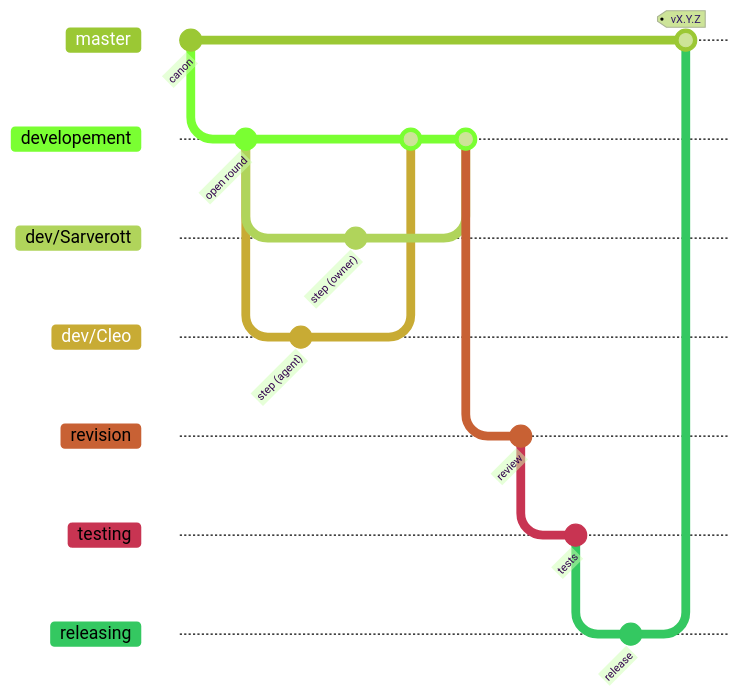
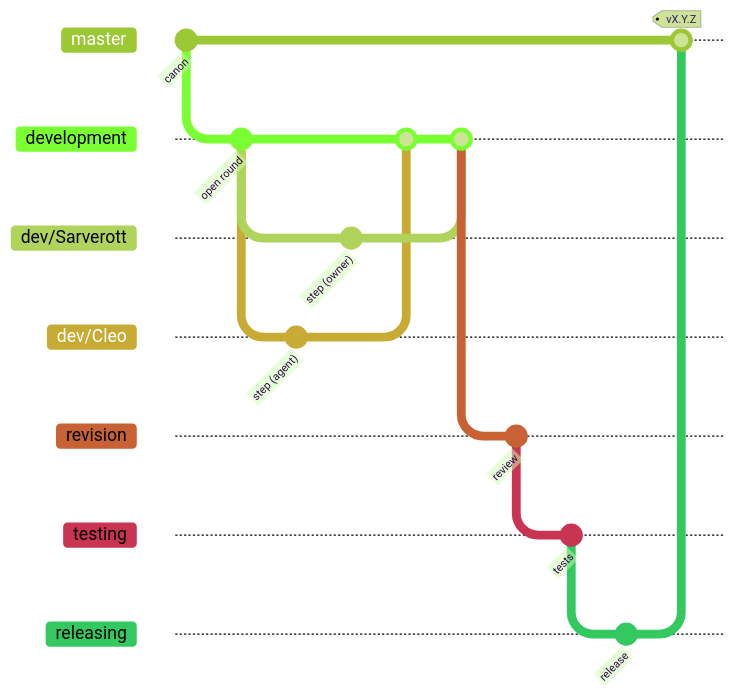
The diagram in AGENTS.md (Sarverott/blacksmith-organization-system), drawn with Mermaid (forest theme) before and after one commit. The commit also changed other lines of this file and 7 other files, not shown here.

````diff
--- a/AGENTS.md
+++ b/AGENTS.md
@@ -51,25 +80,25 @@
 ```mermaid
 %%{init: {"gitGraph": {"mainBranchName": "master"}}}%%
 gitGraph
   commit id: "canon"
-  branch developement
+  branch development
   commit id: "open round"
   branch dev/Sarverott
-  checkout developement
+  checkout development
   branch dev/Cleo
   checkout dev/Cleo
   commit id: "step (agent)"
   checkout dev/Sarverott
   commit id: "step (owner)"
-  checkout developement
+  checkout development
   merge dev/Cleo
   merge dev/Sarverott
   branch revision
   commit id: "review"
   branch testing
   commit id: "tests"
   branch releasing
   commit id: "release"
   checkout master
   merge releasing tag: "vX.Y.Z"
 ```
````
